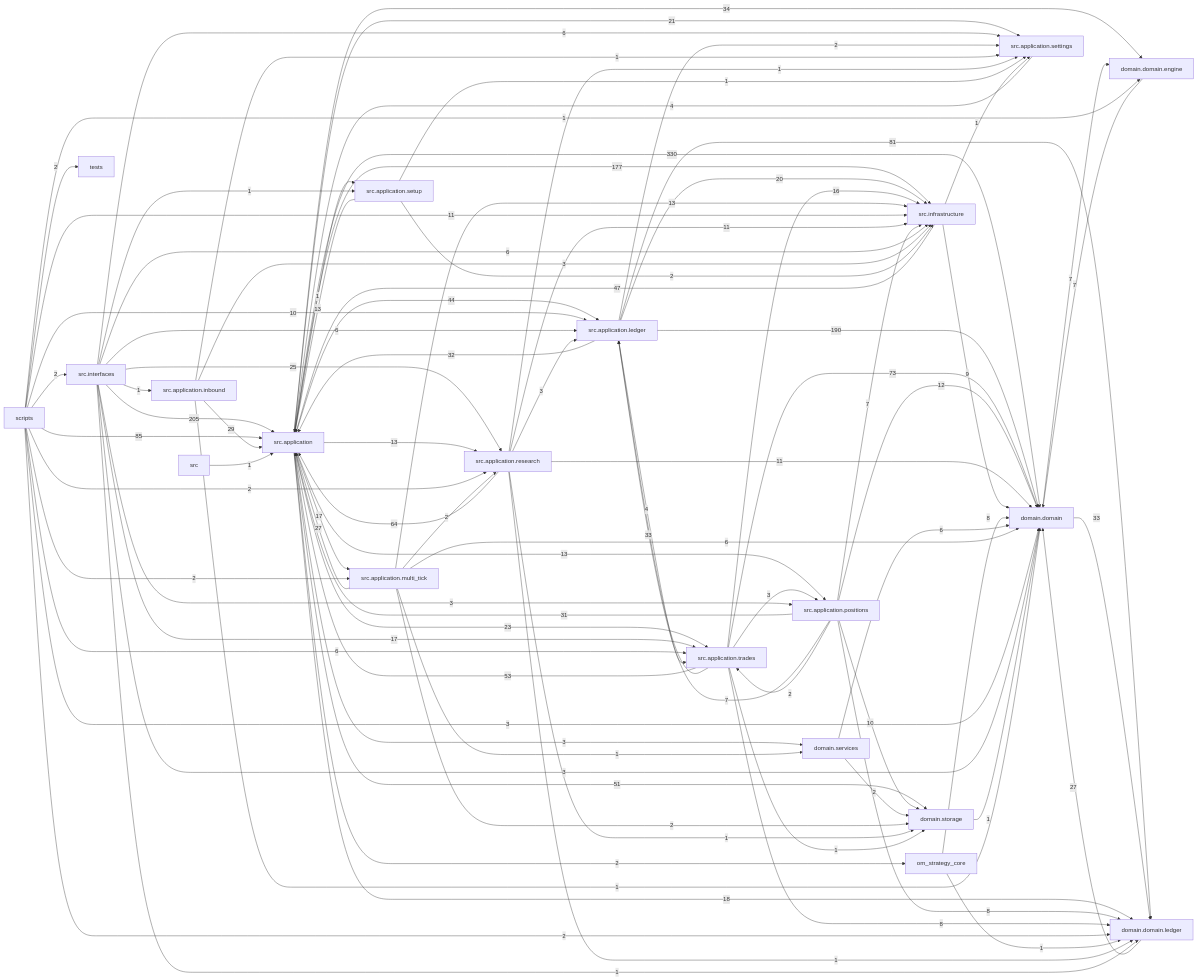
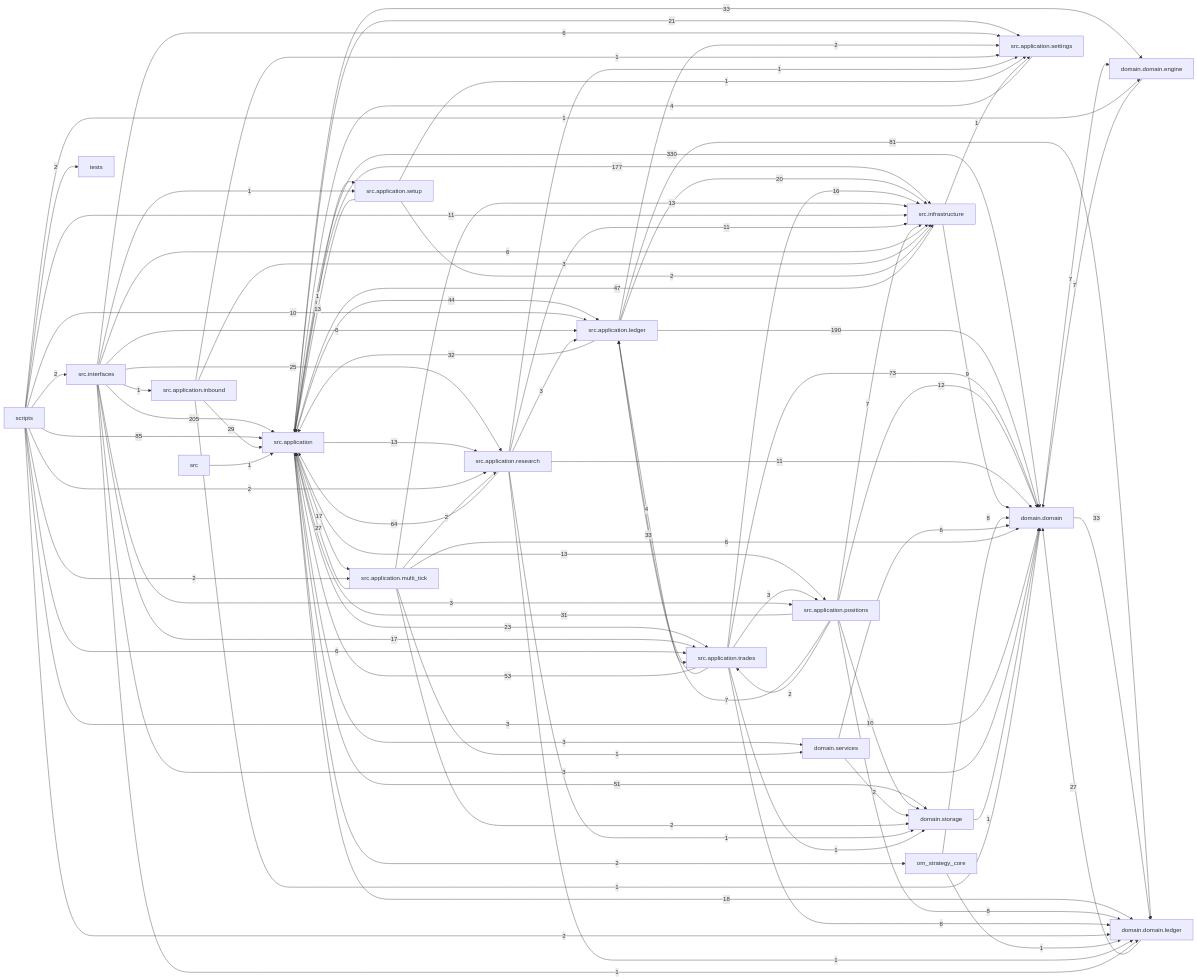
The diagram in docs/dependency_graph.mmd (liuxie066/options-monitor), drawn with Mermaid before and after one commit. The commit also changed 5 other files, not shown here.

```diff
--- a/docs/dependency_graph.mmd
+++ b/docs/dependency_graph.mmd
@@ -1,91 +1,91 @@
 flowchart LR
   src_application["src.application"] -->|330| domain_domain["domain.domain"]
   src_interfaces["src.interfaces"] -->|205| src_application["src.application"]
   src_application_ledger["src.application.ledger"] -->|190| domain_domain["domain.domain"]
   src_application["src.application"] -->|177| src_infrastructure["src.infrastructure"]
   scripts["scripts"] -->|85| src_application["src.application"]
   src_application_ledger["src.application.ledger"] -->|81| domain_domain_ledger["domain.domain.ledger"]
   src_application_trades["src.application.trades"] -->|73| domain_domain["domain.domain"]
   src_application_research["src.application.research"] -->|64| src_application["src.application"]
   src_application_trades["src.application.trades"] -->|53| src_application["src.application"]
   src_application["src.application"] -->|51| domain_storage["domain.storage"]
   src_infrastructure["src.infrastructure"] -->|47| src_application["src.application"]
   src_application["src.application"] -->|44| src_application_ledger["src.application.ledger"]
-  src_application["src.application"] -->|34| domain_domain_engine["domain.domain.engine"]
   domain_domain["domain.domain"] -->|33| domain_domain_ledger["domain.domain.ledger"]
+  src_application["src.application"] -->|33| domain_domain_engine["domain.domain.engine"]
   src_application_trades["src.application.trades"] -->|33| src_application_ledger["src.application.ledger"]
   src_application_ledger["src.application.ledger"] -->|32| src_application["src.application"]
   src_application_positions["src.application.positions"] -->|31| src_application["src.application"]
   src_application_inbound["src.application.inbound"] -->|29| src_application["src.application"]
   domain_domain_ledger["domain.domain.ledger"] -->|27| domain_domain["domain.domain"]
   src_application_multi_tick["src.application.multi_tick"] -->|27| src_application["src.application"]
   src_interfaces["src.interfaces"] -->|25| src_application_research["src.application.research"]
   src_application["src.application"] -->|23| src_application_trades["src.application.trades"]
   src_application["src.application"] -->|21| src_application_settings["src.application.settings"]
   src_application_ledger["src.application.ledger"] -->|20| src_infrastructure["src.infrastructure"]
   src_application["src.application"] -->|18| domain_domain_ledger["domain.domain.ledger"]
   src_application["src.application"] -->|17| src_application_multi_tick["src.application.multi_tick"]
   src_interfaces["src.interfaces"] -->|17| src_application_trades["src.application.trades"]
   src_application_trades["src.application.trades"] -->|16| src_infrastructure["src.infrastructure"]
   src_application["src.application"] -->|13| src_application_positions["src.application.positions"]
   src_application["src.application"] -->|13| src_application_research["src.application.research"]
   src_application_multi_tick["src.application.multi_tick"] -->|13| src_infrastructure["src.infrastructure"]
   src_application_setup["src.application.setup"] -->|13| src_application["src.application"]
   src_application_positions["src.application.positions"] -->|12| domain_domain["domain.domain"]
   scripts["scripts"] -->|11| src_infrastructure["src.infrastructure"]
   src_application_research["src.application.research"] -->|11| domain_domain["domain.domain"]
   src_application_research["src.application.research"] -->|11| src_infrastructure["src.infrastructure"]
   scripts["scripts"] -->|10| src_application_ledger["src.application.ledger"]
   src_application_positions["src.application.positions"] -->|10| domain_storage["domain.storage"]
   src_infrastructure["src.infrastructure"] -->|9| domain_domain["domain.domain"]
   om_strategy_core["om_strategy_core"] -->|8| domain_domain["domain.domain"]
   src_application_positions["src.application.positions"] -->|8| domain_domain_ledger["domain.domain.ledger"]
   src_application_trades["src.application.trades"] -->|8| domain_domain_ledger["domain.domain.ledger"]
   domain_domain["domain.domain"] -->|7| domain_domain_engine["domain.domain.engine"]
   domain_domain_engine["domain.domain.engine"] -->|7| domain_domain["domain.domain"]
   src_application_positions["src.application.positions"] -->|7| src_application_ledger["src.application.ledger"]
   src_application_positions["src.application.positions"] -->|7| src_infrastructure["src.infrastructure"]
   domain_services["domain.services"] -->|6| domain_domain["domain.domain"]
   scripts["scripts"] -->|6| src_application_trades["src.application.trades"]
   src_application_multi_tick["src.application.multi_tick"] -->|6| domain_domain["domain.domain"]
   src_interfaces["src.interfaces"] -->|6| src_application_ledger["src.application.ledger"]
   src_interfaces["src.interfaces"] -->|6| src_application_settings["src.application.settings"]
   src_interfaces["src.interfaces"] -->|6| src_infrastructure["src.infrastructure"]
   src_application_ledger["src.application.ledger"] -->|4| src_application_trades["src.application.trades"]
   src_application_settings["src.application.settings"] -->|4| src_application["src.application"]
   scripts["scripts"] -->|3| domain_domain["domain.domain"]
   src_application["src.application"] -->|3| domain_services["domain.services"]
   src_application_inbound["src.application.inbound"] -->|3| src_infrastructure["src.infrastructure"]
   src_application_research["src.application.research"] -->|3| src_application_ledger["src.application.ledger"]
   src_application_trades["src.application.trades"] -->|3| src_application_positions["src.application.positions"]
   src_interfaces["src.interfaces"] -->|3| domain_domain["domain.domain"]
   src_interfaces["src.interfaces"] -->|3| src_application_positions["src.application.positions"]
   domain_services["domain.services"] -->|2| domain_storage["domain.storage"]
   scripts["scripts"] -->|2| domain_domain_ledger["domain.domain.ledger"]
   scripts["scripts"] -->|2| src_application_multi_tick["src.application.multi_tick"]
   scripts["scripts"] -->|2| src_application_research["src.application.research"]
   scripts["scripts"] -->|2| src_interfaces["src.interfaces"]
   scripts["scripts"] -->|2| tests["tests"]
   src_application["src.application"] -->|2| om_strategy_core["om_strategy_core"]
   src_application_ledger["src.application.ledger"] -->|2| src_application_settings["src.application.settings"]
   src_application_multi_tick["src.application.multi_tick"] -->|2| domain_storage["domain.storage"]
   src_application_multi_tick["src.application.multi_tick"] -->|2| src_application_research["src.application.research"]
   src_application_positions["src.application.positions"] -->|2| src_application_trades["src.application.trades"]
   src_application_setup["src.application.setup"] -->|2| src_infrastructure["src.infrastructure"]
   domain_storage["domain.storage"] -->|1| domain_domain["domain.domain"]
   om_strategy_core["om_strategy_core"] -->|1| domain_domain_ledger["domain.domain.ledger"]
   scripts["scripts"] -->|1| domain_domain_engine["domain.domain.engine"]
   src["src"] -->|1| src_application["src.application"]
   src_application["src.application"] -->|1| src_application_setup["src.application.setup"]
   src_application_inbound["src.application.inbound"] -->|1| domain_domain["domain.domain"]
   src_application_inbound["src.application.inbound"] -->|1| src_application_settings["src.application.settings"]
   src_application_multi_tick["src.application.multi_tick"] -->|1| domain_services["domain.services"]
   src_application_research["src.application.research"] -->|1| domain_domain_ledger["domain.domain.ledger"]
   src_application_research["src.application.research"] -->|1| domain_storage["domain.storage"]
   src_application_research["src.application.research"] -->|1| src_application_settings["src.application.settings"]
   src_application_setup["src.application.setup"] -->|1| src_application_settings["src.application.settings"]
   src_application_trades["src.application.trades"] -->|1| domain_storage["domain.storage"]
   src_infrastructure["src.infrastructure"] -->|1| src_application_settings["src.application.settings"]
   src_interfaces["src.interfaces"] -->|1| domain_domain_ledger["domain.domain.ledger"]
   src_interfaces["src.interfaces"] -->|1| src_application_inbound["src.application.inbound"]
   src_interfaces["src.interfaces"] -->|1| src_application_setup["src.application.setup"]
```
